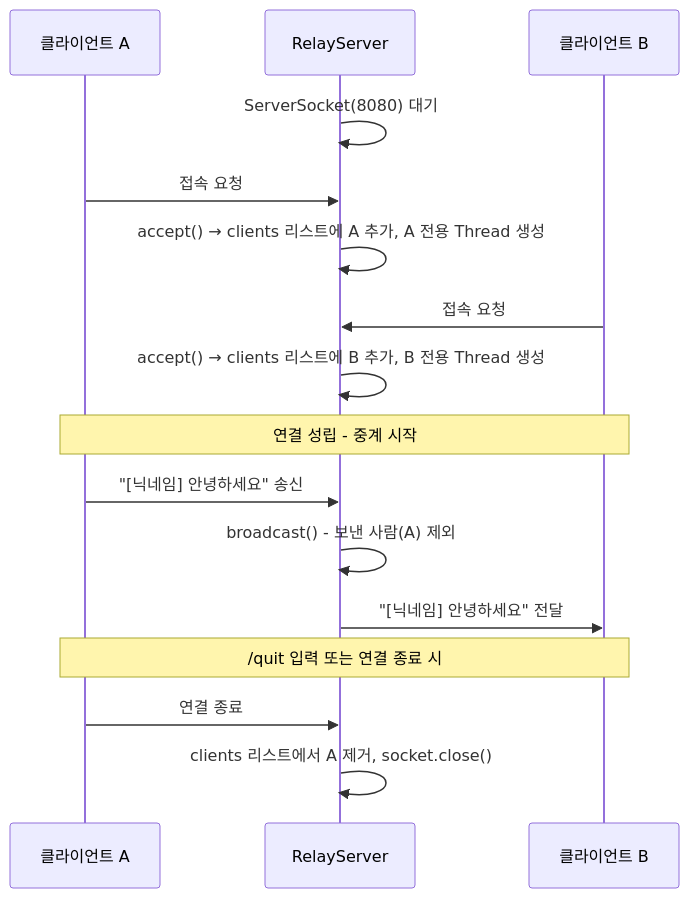
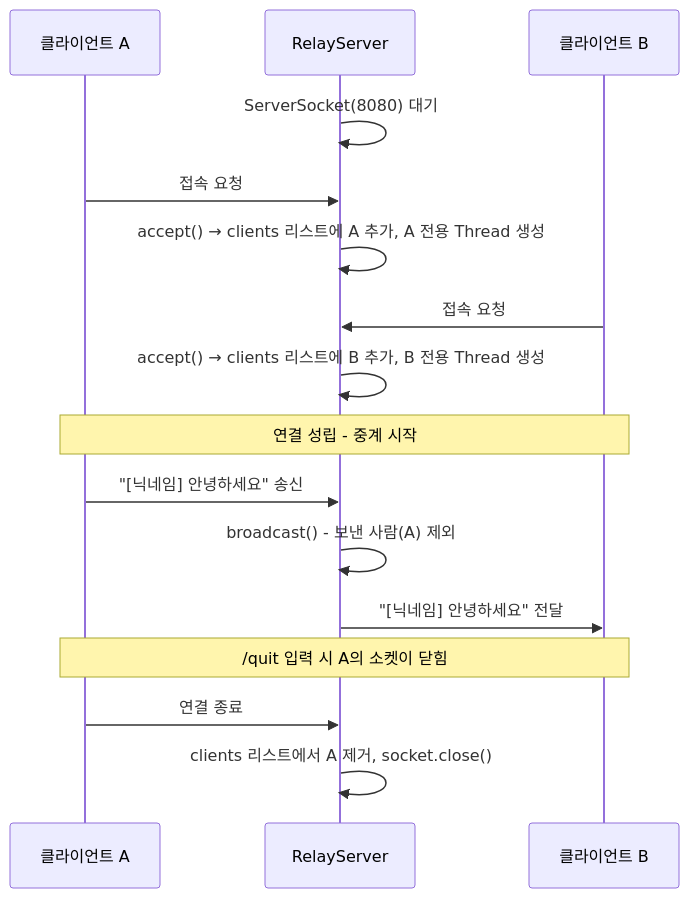
The second of 2 diagrams in 03-relay-chat/README.md (joyoo1221/java-socket-study), drawn with Mermaid before and after one commit. The commit also changed other lines of this file, not shown here.

````diff
--- a/03-relay-chat/README.md
+++ b/03-relay-chat/README.md
@@ -36,23 +34,23 @@
 ```mermaid
 sequenceDiagram
     participant A as 클라이언트 A
     participant S as RelayServer
     participant B as 클라이언트 B
 
     S->>S: ServerSocket(8080) 대기
     A->>S: 접속 요청
     S->>S: accept() → clients 리스트에 A 추가, A 전용 Thread 생성
     B->>S: 접속 요청
     S->>S: accept() → clients 리스트에 B 추가, B 전용 Thread 생성
 
     Note over A,B: 연결 성립 - 중계 시작
 
     A->>S: "[닉네임] 안녕하세요" 송신
     S->>S: broadcast() - 보낸 사람(A) 제외
     S->>B: "[닉네임] 안녕하세요" 전달
 
-    Note over A,B: /quit 입력 또는 연결 종료 시
+    Note over A,B: /quit 입력 시 A의 소켓이 닫힘
 
     A->>S: 연결 종료
     S->>S: clients 리스트에서 A 제거, socket.close()
 ```
````
